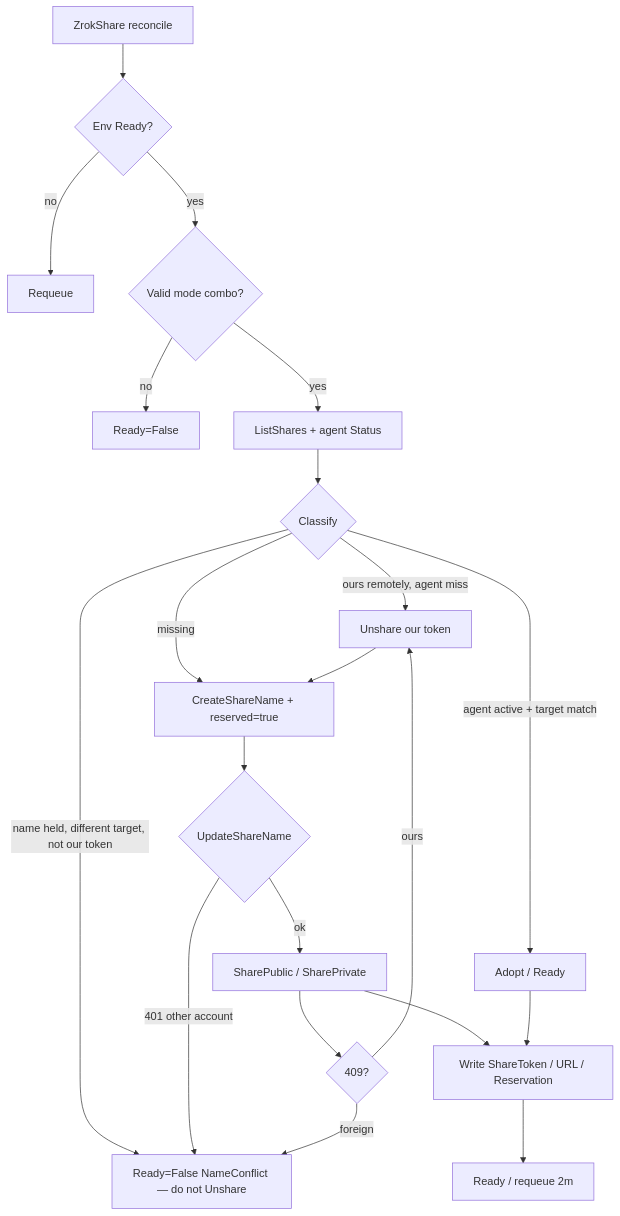
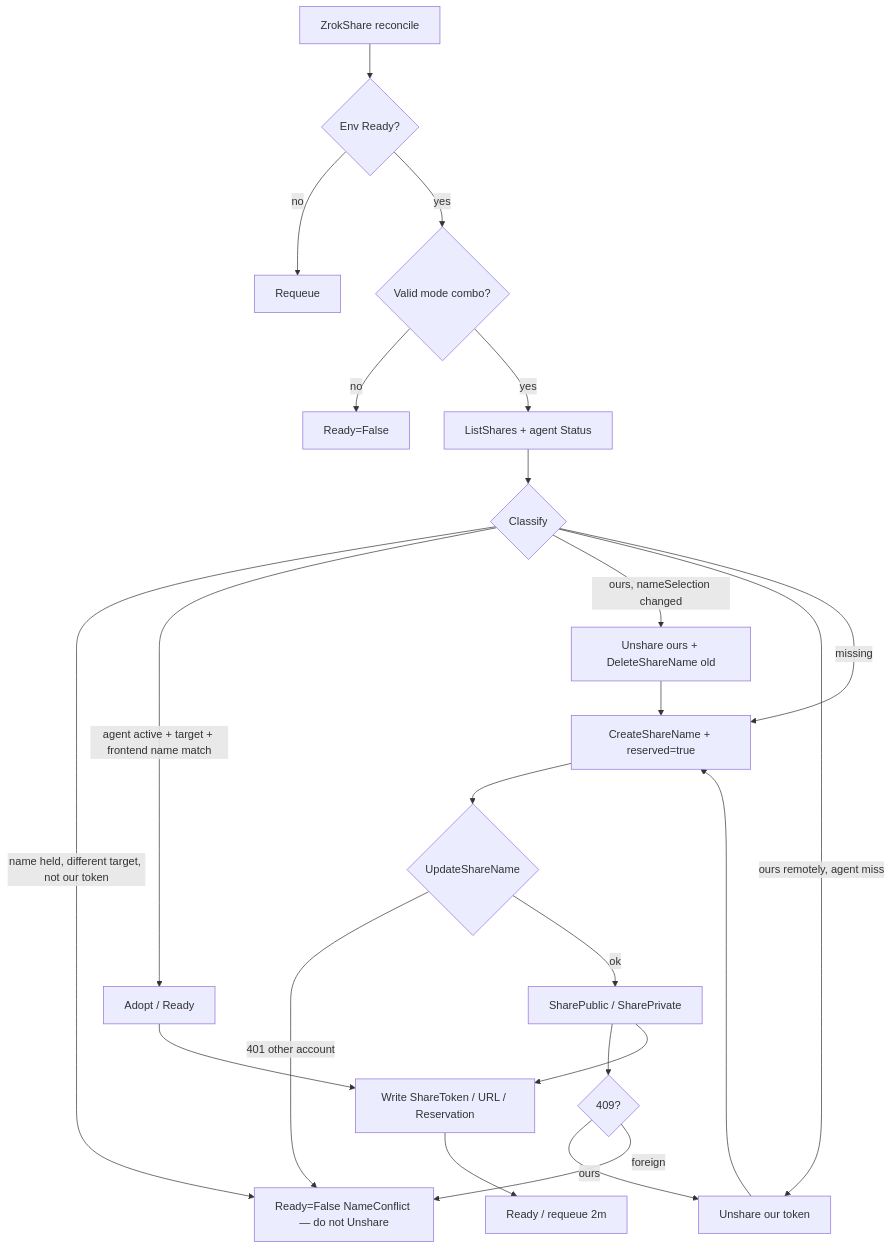
Before and after one commit to vulkoingim/zrok-operator: the diagram in .memory-bank/areas/share-lifecycle.md, drawn with Mermaid. The commit also changed other lines of this file and 39 other files, not shown here.

First line of the commit message:
Rebuild a reserved share when nameSelection.name changes. (#6)

````diff
--- a/.memory-bank/areas/share-lifecycle.md
+++ b/.memory-bank/areas/share-lifecycle.md
@@ -13,23 +13,25 @@
 ```mermaid
 flowchart TD
   start[ZrokShare reconcile] --> envReady{Env Ready?}
   envReady -->|no| wait[Requeue]
   envReady -->|yes| validate{Valid mode combo?}
   validate -->|no| fail[Ready=False]
   validate -->|yes| inv[ListShares + agent Status]
   inv --> cls{Classify}
   cls -->|name held, different target, not our token| conflict[Ready=False NameConflict — do not Unshare]
-  cls -->|agent active + target match| ready[Adopt / Ready]
+  cls -->|agent active + target + frontend name match| ready[Adopt / Ready]
+  cls -->|ours, nameSelection changed| rename[Unshare ours + DeleteShareName old]
+  rename --> reserve
   cls -->|ours remotely, agent miss| rebind[Unshare our token]
   cls -->|missing| reserve[CreateShareName + reserved=true]
   rebind --> reserve
   reserve --> promote{UpdateShareName}
   promote -->|401 other account| conflict
   promote -->|ok| create[SharePublic / SharePrivate]
   create --> conflict409{409?}
   conflict409 -->|ours| rebind
   conflict409 -->|foreign| conflict
   create --> status[Write ShareToken / URL / Reservation]
   ready --> status
   status --> poll[Ready / requeue 2m]
 ```
````
